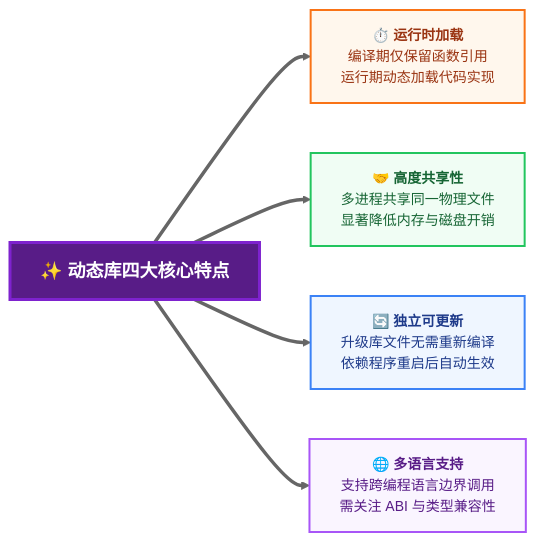
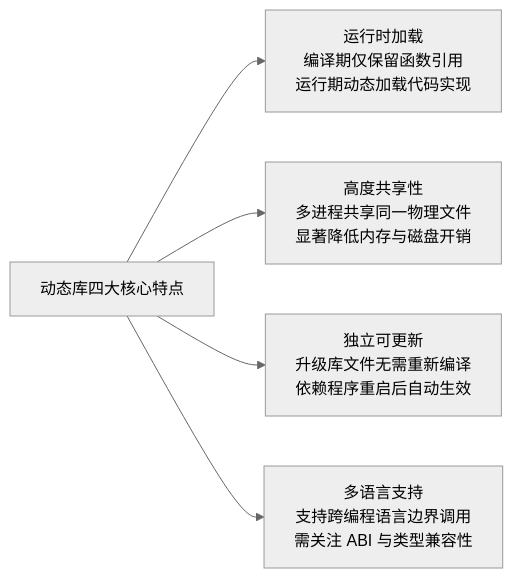
The second of 6 diagrams in _posts/c_c++/library/2023-02-28-dynamic library.md (dmjcb/dmjcb.github.io), drawn with Mermaid (neutral theme) before and after one commit. The commit also changed other lines of this file and 26 other files, not shown here.

````diff
--- a/_posts/c_c++/library/2023-02-28-dynamic library.md
+++ b/_posts/c_c++/library/2023-02-28-dynamic library.md
@@ -53,37 +28,16 @@
 ```mermaid
 flowchart LR
-    %% 样式定义 (四色卡片体系)
-    classDef titleBox fill:#581c87,stroke:#7e22ce,stroke-width:3px,color:#ffffff,font-weight:bold,font-size:18px;
+    Title["动态库四大核心特点"]
+    F1["运行时加载<br>编译期仅保留函数引用<br>运行期动态加载代码实现"]
     
-    classDef feat1 fill:#fff7ed,stroke:#f97316,stroke-width:2px,color:#9a3412,font-size:14px;
-    classDef feat2 fill:#f0fdf4,stroke:#22c55e,stroke-width:2px,color:#166534,font-size:14px;
-    classDef feat3 fill:#eff6ff,stroke:#3b82f6,stroke-width:2px,color:#1e3a8a,font-size:14px;
-    classDef feat4 fill:#faf5ff,stroke:#a855f7,stroke-width:2px,color:#581c87,font-size:14px;
+    F2["高度共享性<br>多进程共享同一物理文件<br>显著降低内存与磁盘开销"]
     
-    classDef titleLink stroke:#a855f7,stroke-width:2.5px;
+    F3["独立可更新<br>升级库文件无需重新编译<br>依赖程序重启后自动生效"]
+    
+    F4["多语言支持<br>支持跨编程语言边界调用<br>需关注 ABI 与类型兼容性"]
 
-    %% 顶部标题
-    Title["✨ <b>动态库四大核心特点</b>"]:::titleBox
-
-    %% 四个特点卡片 (使用纯节点而非 subgraph, 确保 ~~~ 完美水平对齐)
-    F1["⏱️ <b>运行时加载</b><br>编译期仅保留函数引用<br>运行期动态加载代码实现"]:::feat1
-    
-    F2["🤝 <b>高度共享性</b><br>多进程共享同一物理文件<br>显著降低内存与磁盘开销"]:::feat2
-    
-    F3["🔄 <b>独立可更新</b><br>升级库文件无需重新编译<br>依赖程序重启后自动生效"]:::feat3
-    
-    F4["🌐 <b>多语言支持</b><br>支持跨编程语言边界调用<br>需关注 ABI 与类型兼容性"]:::feat4
-
-    %% 连线关系
-    Title ==> F1
-    Title ==> F2
-    Title ==> F3
-    Title ==> F4
-
-    %% 强制水平排列 (核心技巧)
-
-
-    %% 应用连线样式
-    %%class Title-->F1,F2,F3,F4 titleLink;
-
+    Title --> F1
+    Title --> F2
+    Title --> F3
+    Title --> F4
 ```
````
